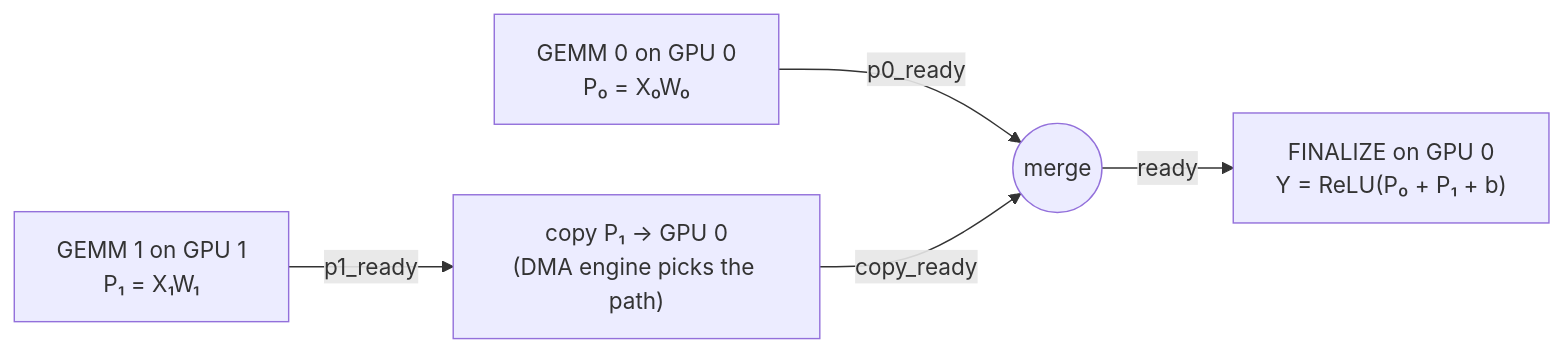
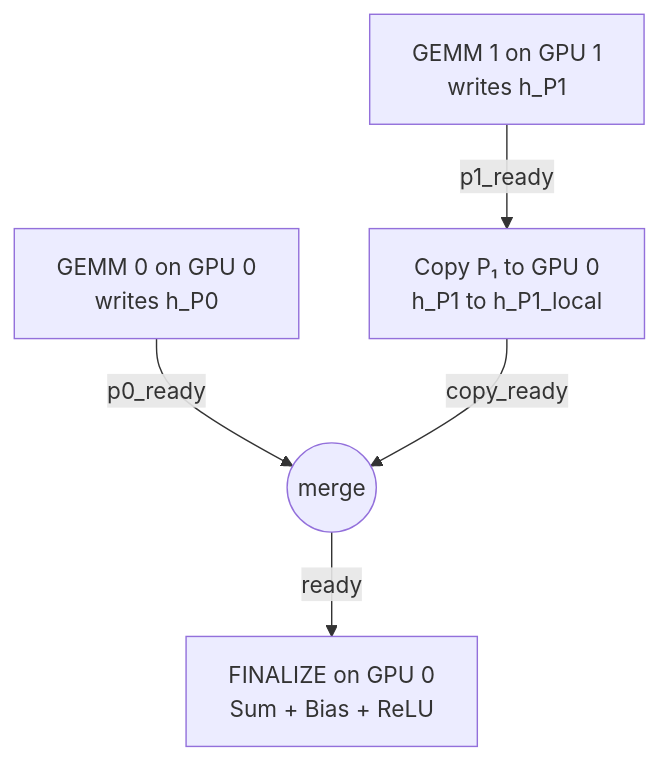
One commit to sweeden-ttu/profile changed the diagram in _posts/2026-10-26-realm-explicit-task-runtime.md. Above: the diagram before and after it, drawn with Mermaid. The commit also changed other lines of this file and 19 other files, not shown here.

````diff
--- a/_posts/2026-10-26-realm-explicit-task-runtime.md
+++ b/_posts/2026-10-26-realm-explicit-task-runtime.md
@@ -148,7 +160,7 @@
 ```mermaid
-flowchart LR
-  G0["GEMM 0 on GPU 0<br/>P₀ = X₀W₀"] -->|p0_ready| M(("merge"))
-  G1["GEMM 1 on GPU 1<br/>P₁ = X₁W₁"] -->|p1_ready| C["copy P₁ → GPU 0<br/>(DMA engine picks the path)"]
+flowchart TB
+  G0["GEMM 0 on GPU 0<br/>writes h_P0"] -->|p0_ready| M(("merge"))
+  G1["GEMM 1 on GPU 1<br/>writes h_P1"] -->|p1_ready| C["Copy P₁ to GPU 0<br/>h_P1 to h_P1_local"]
   C -->|copy_ready| M
-  M -->|ready| F["FINALIZE on GPU 0<br/>Y = ReLU(P₀ + P₁ + b)"]
+  M -->|ready| F["FINALIZE on GPU 0<br/>Sum + Bias + ReLU"]
 ```
````
